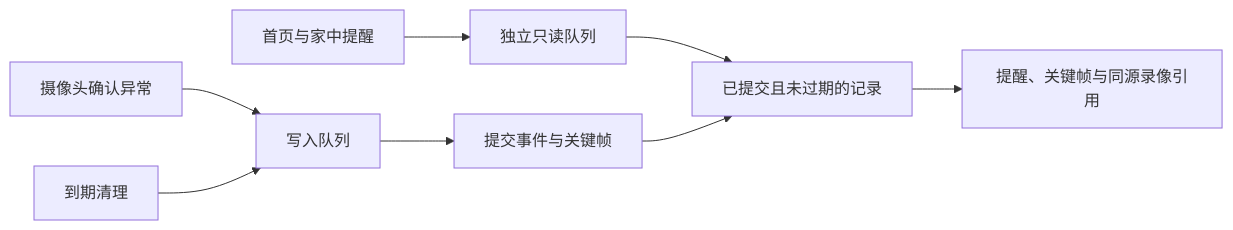
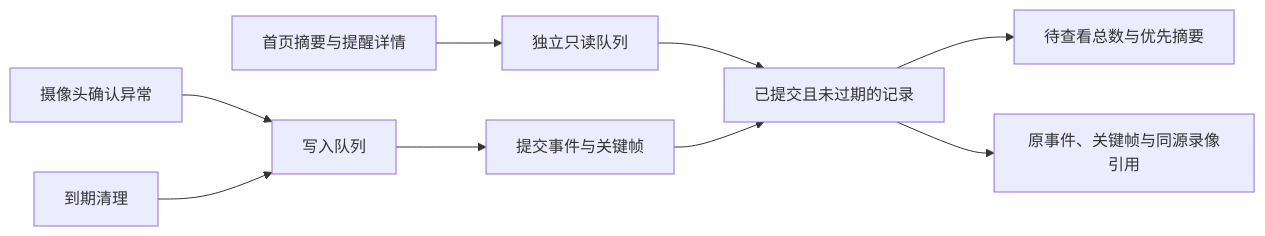
One commit to Geeprox/Friday changed diagram 11 of 37 in docs/architecture.md. Above: the diagram before and after it, drawn with Mermaid. The commit also changed other lines of this file and 20 other files, not shown here.

````diff
--- a/docs/architecture.md
+++ b/docs/architecture.md
@@ -284,10 +287,11 @@
 ```mermaid
 flowchart LR
   A[摄像头确认异常] --> B[写入队列]
   C[到期清理] --> B
   B --> D[提交事件与关键帧]
-  E[首页与家中提醒] --> F[独立只读队列]
+  E[首页摘要与提醒详情] --> F[独立只读队列]
   F --> G[已提交且未过期的记录]
   D --> G
-  G --> H[提醒、关键帧与同源录像引用]
+  G --> H[待查看总数与优先摘要]
+  G --> I[原事件、关键帧与同源录像引用]
 ```
````
